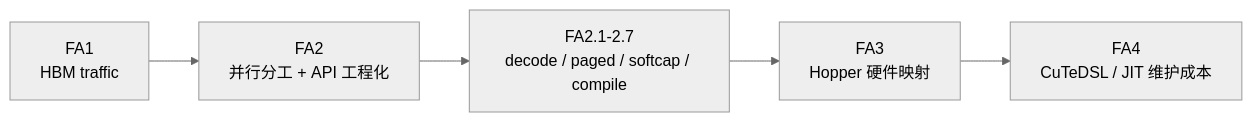
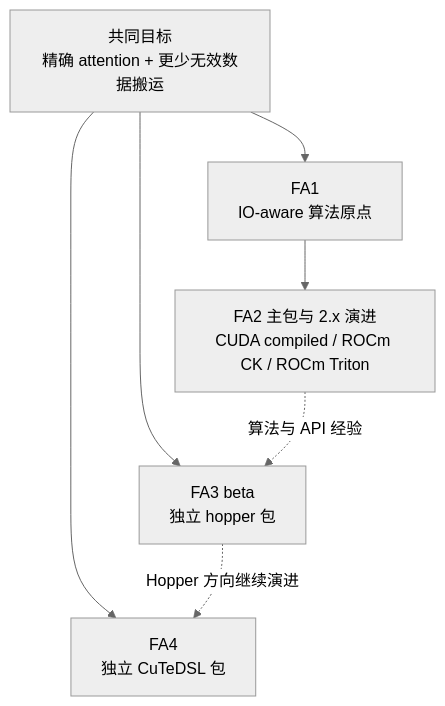
One commit to OnlyHero5/sglang-reading-vault changed the diagram in flash-attn_reading/导读与总览/FlashAttention-版本演进全景.md. Above: the diagram before and after it, drawn with Mermaid (neutral theme). The commit also changed other lines of this file and 512 other files, not shown here.

````diff
--- a/flash-attn_reading/导读与总览/FlashAttention-版本演进全景.md
+++ b/flash-attn_reading/导读与总览/FlashAttention-版本演进全景.md
@@ -22,9 +22,14 @@
 ```mermaid
-flowchart LR
-    A["FA1<br/>HBM traffic"]
-    B["FA2<br/>并行分工 + API 工程化"]
-    C["FA2.1-2.7<br/>decode / paged / softcap / compile"]
-    D["FA3<br/>Hopper 硬件映射"]
-    E["FA4<br/>CuTeDSL / JIT 维护成本"]
-    A --> B --> C --> D --> E
+flowchart TB
+    G["共同目标<br/>精确 attention + 更少无效数据搬运"]
+    F1["FA1<br/>IO-aware 算法原点"]
+    F2["FA2 主包与 2.x 演进<br/>CUDA compiled / ROCm CK / ROCm Triton"]
+    F3["FA3 beta<br/>独立 hopper 包"]
+    F4["FA4<br/>独立 CuTeDSL 包"]
+    G --> F1
+    F1 --> F2
+    G --> F3
+    G --> F4
+    F2 -. "算法与 API 经验" .-> F3
+    F3 -. "Hopper 方向继续演进" .-> F4
 ```
````
